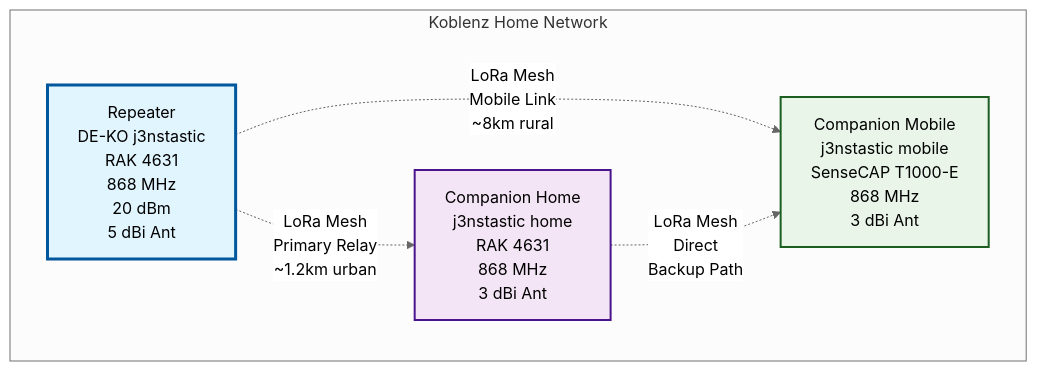
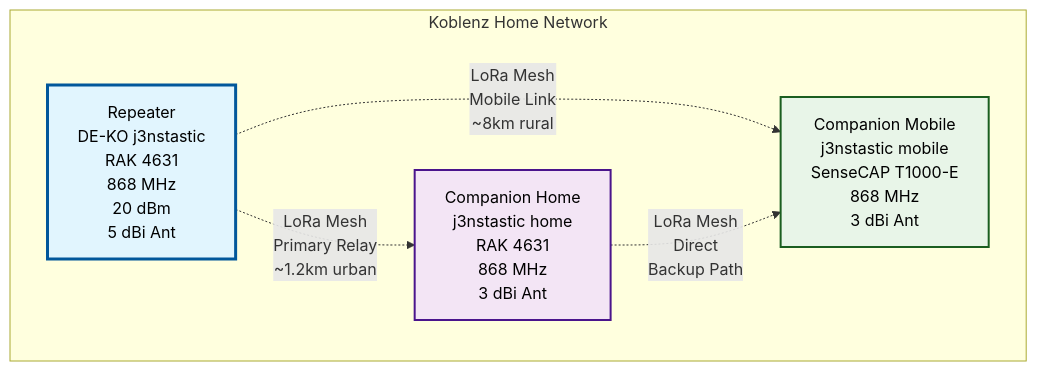
One commit to mightyjens/mightyjens.github.io changed the diagram in content/mesh.md. Above: the diagram before and after it, drawn with Mermaid. The commit also changed 1 other file, not shown here.

````diff
--- a/content/mesh.md
+++ b/content/mesh.md
@@ -36,23 +36,23 @@
 ```mermaid
-%%{init: {'theme':'neutral', 'themeVariables': { 'background': 'transparent'}}}%%
+
 graph TD
     subgraph "Koblenz Home Network"
         RB[Repeater<br/>DE-KO j3nstastic<br/>RAK 4631<br/>868 MHz<br/>20 dBm<br/>5 dBi Ant]
         
         CH[Companion Home<br/>j3nstastic home<br/>RAK 4631<br/>868 MHz<br/>3 dBi Ant]
         
         CM[Companion Mobile<br/>j3nstastic mobile<br/>SenseCAP T1000-E<br/>868 MHz<br/>3 dBi Ant]
     end
     
     RB -.->|LoRa Mesh<br/>Primary Relay<br/>~1.2km urban| CH
     RB -.->|LoRa Mesh<br/>Mobile Link<br/>~8km rural| CM
     CH -.->|LoRa Mesh<br/>Direct<br/>Backup Path| CM
     
     classDef repeater fill:#e1f5fe,stroke:#01579b,stroke-width:3px,color:#000
     classDef companion fill:#f3e5f5,stroke:#4a148c,stroke-width:2px,color:#000
     classDef mobile fill:#e8f5e8,stroke:#1b5e20,stroke-width:2px,color:#000
     
     class RB repeater
     class CH companion
     class CM mobile
 ```
````
